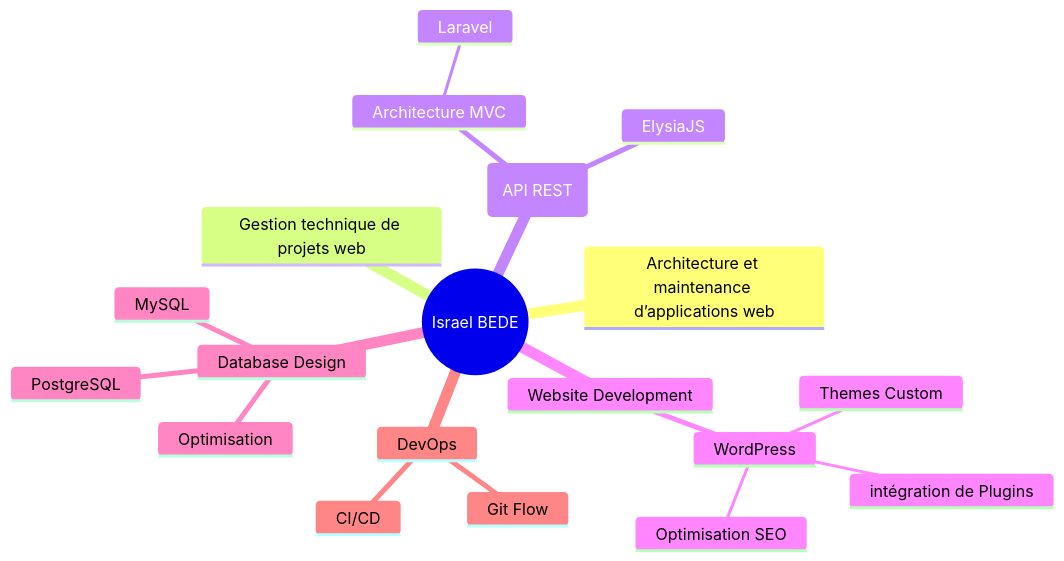
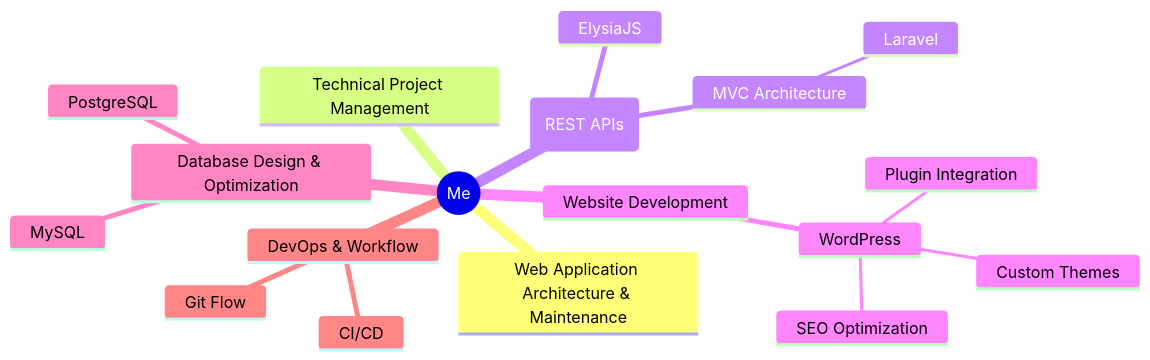
Before and after one commit to DevIzee/DevIzee: the diagram in README.md, drawn with Mermaid.

Commit message:
👌 IMPROVE: global layout

````diff
--- a/README.md
+++ b/README.md
@@ -65,22 +65,21 @@
 ```mermaid
 mindmap
-  root((Israel BEDE))
-    Architecture et maintenance d’applications web
-    Gestion technique de projets web
-    Backend Development(API REST)
-      Architecture MVC
+  root((Me))
+    Web Application Architecture & Maintenance
+    Technical Project Management
+    Backend Development (REST APIs)
+      MVC Architecture
         Laravel
       ElysiaJS
     Website Development
       WordPress
-        Themes Custom
-        intégration de Plugins
-        Optimisation SEO
-    Database Design
+        Custom Themes
+        Plugin Integration
+        SEO Optimization
+    Database Design & Optimization
       MySQL
       PostgreSQL
-      Optimisation
-    DevOps
+    DevOps & Workflow
       Git Flow
       CI/CD
 ```
````
